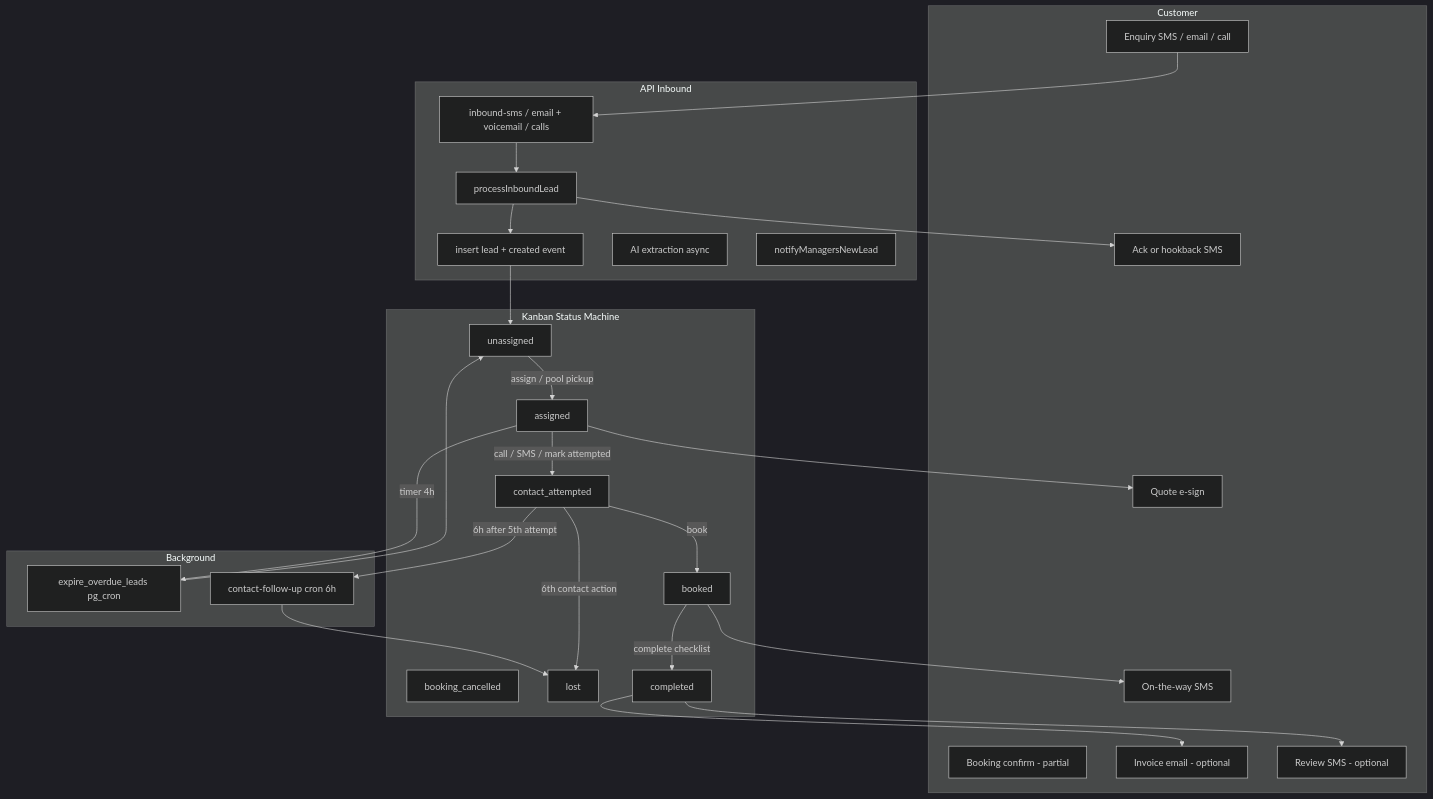
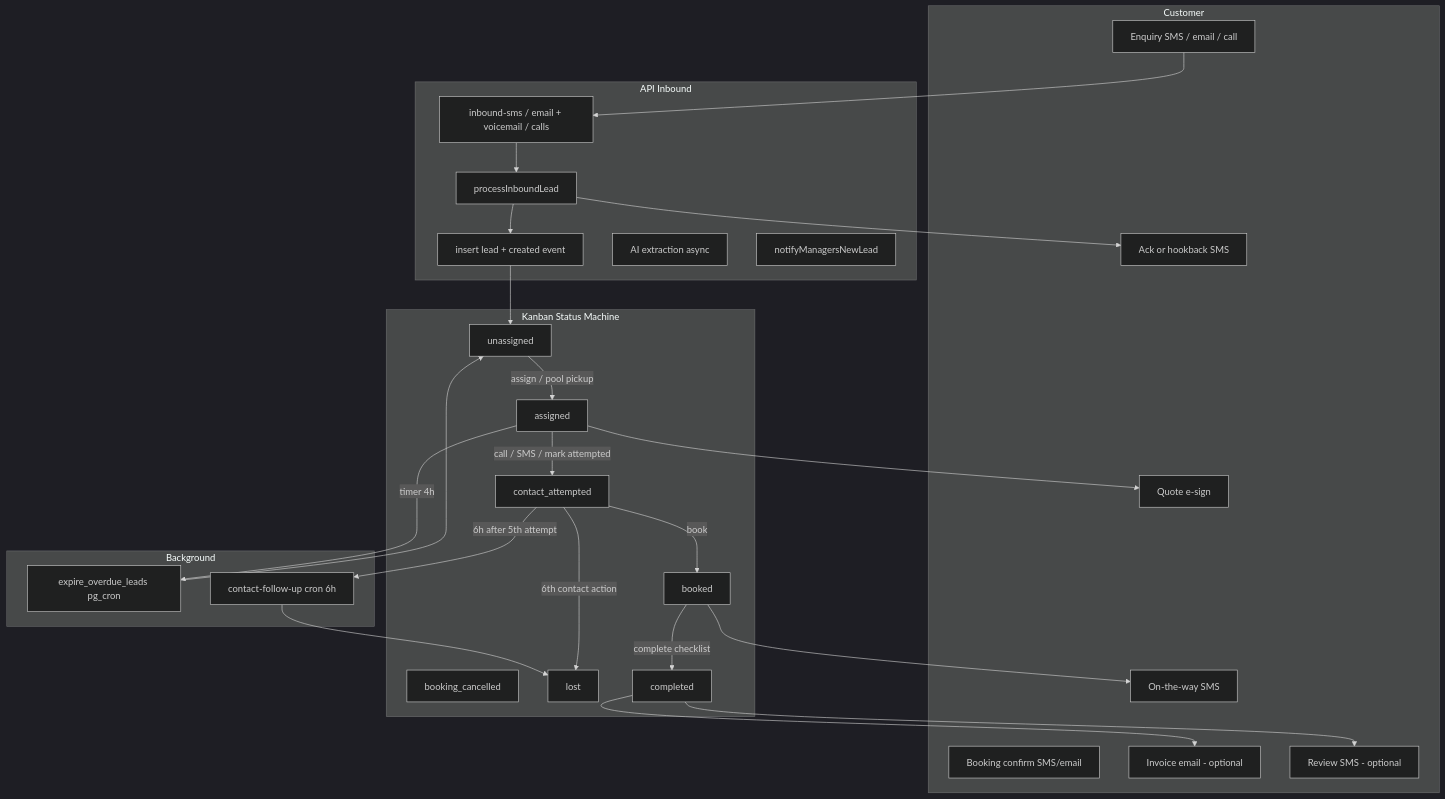
Before and after one commit to missbeardy/tv-magic-companion: the first of 6 diagrams in docs/SALES_PIPELINE_WORKFLOW.md, drawn with Mermaid (dark theme). The commit also changed other lines of this file and 34 other files, not shown here.

````diff
--- a/docs/SALES_PIPELINE_WORKFLOW.md
+++ b/docs/SALES_PIPELINE_WORKFLOW.md
@@ -69,49 +69,49 @@
 ```mermaid
 flowchart TB
   subgraph customer [Customer]
     C1[Enquiry SMS / email / call]
     C2[Ack or hookback SMS]
     C3[On-the-way SMS]
     C4[Quote e-sign]
-    C5[Booking confirm - partial]
+    C5[Booking confirm SMS/email]
     C6[Invoice email - optional]
     C7[Review SMS - optional]
   end
 
   subgraph inbound [API Inbound]
     I1[inbound-sms / email + voicemail / calls]
     I2[processInboundLead]
     I3[insert lead + created event]
     I4[AI extraction async]
     I5[notifyManagersNewLead]
   end
 
   subgraph kanban [Kanban Status Machine]
     U[unassigned]
     A[assigned]
     CA[contact_attempted]
     B[booked]
     BC[booking_cancelled]
     L[lost]
     CO[completed]
   end
 
   subgraph cron [Background]
     T[expire_overdue_leads pg_cron]
     F[contact-follow-up cron 6h]
   end
 
   C1 --> I1 --> I2 --> I3 --> U
   I2 --> C2
   U -->|assign / pool pickup| A
   A -->|call / SMS / mark attempted| CA
   A -->|timer 4h| T --> U
   CA -->|book| B
   CA -->|6h after 5th attempt| F --> L
   CA -->|6th contact action| L
   B -->|complete checklist| CO
   CO --> C7
   B --> C3
   A --> C4
   CO --> C6
 ```
````
